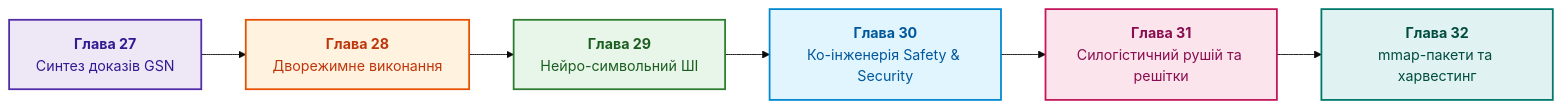
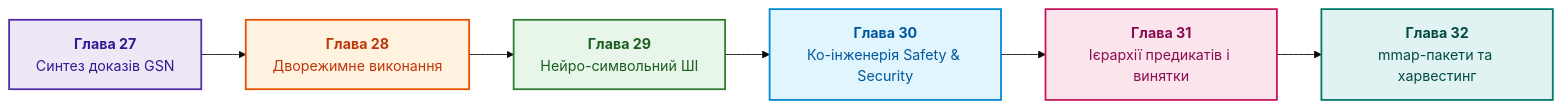
One commit to nick-fedchik/articles changed the diagram in ExpertSystem/part-06-frontiers-neuro-symbolic.md. Above: the diagram before and after it, drawn with Mermaid (base theme). The commit also changed other lines of this file and 20 other files, not shown here.

````diff
--- a/ExpertSystem/part-06-frontiers-neuro-symbolic.md
+++ b/ExpertSystem/part-06-frontiers-neuro-symbolic.md
@@ -22,25 +22,25 @@
 ```mermaid
 flowchart LR
     accTitle: Кульмінація технологій у Частині VI
     accDescr: Від синтезу сертифікаційних доказів GSN через дворежимне виконання та нейро-символьний ШІ до ко-інженерії, силогістичного рушія та бінарних mmap-пакетів.
 
     GSN["<b>Глава 27</b><br/>Синтез доказів GSN"] --> DUAL["<b>Глава 28</b><br/>Дворежимне виконання"]
     DUAL --> NESY["<b>Глава 29</b><br/>Нейро-символьний ШІ"]
     NESY --> COENG["<b>Глава 30</b><br/>Ко-інженерія Safety & Security"]
-    COENG --> SYLLOG["<b>Глава 31</b><br/>Силогістичний рушій та решітки"]
+    COENG --> SYLLOG["<b>Глава 31</b><br/>Ієрархії предикатів і винятки"]
     SYLLOG --> MMAP["<b>Глава 32</b><br/>mmap-пакети та харвестинг"]
 
     classDef gsn fill:#ede7f6,stroke:#512da8,stroke-width:2px,color:#311b92;
     classDef dual fill:#fff3e0,stroke:#e65100,stroke-width:2px,color:#bf360c;
     classDef nesy fill:#e8f5e9,stroke:#2e7d32,stroke-width:2px,color:#1b5e20;
     classDef coeng fill:#e1f5fe,stroke:#0288d1,stroke-width:2px,color:#01579b;
     classDef syllog fill:#fce4ec,stroke:#c2185b,stroke-width:2px,color:#880e4f;
     classDef mmap fill:#e0f2f1,stroke:#00796b,stroke-width:2px,color:#004d40;
 
     class GSN gsn;
     class DUAL dual;
     class NESY nesy;
     class COENG coeng;
     class SYLLOG syllog;
     class MMAP mmap;
 ```
````
